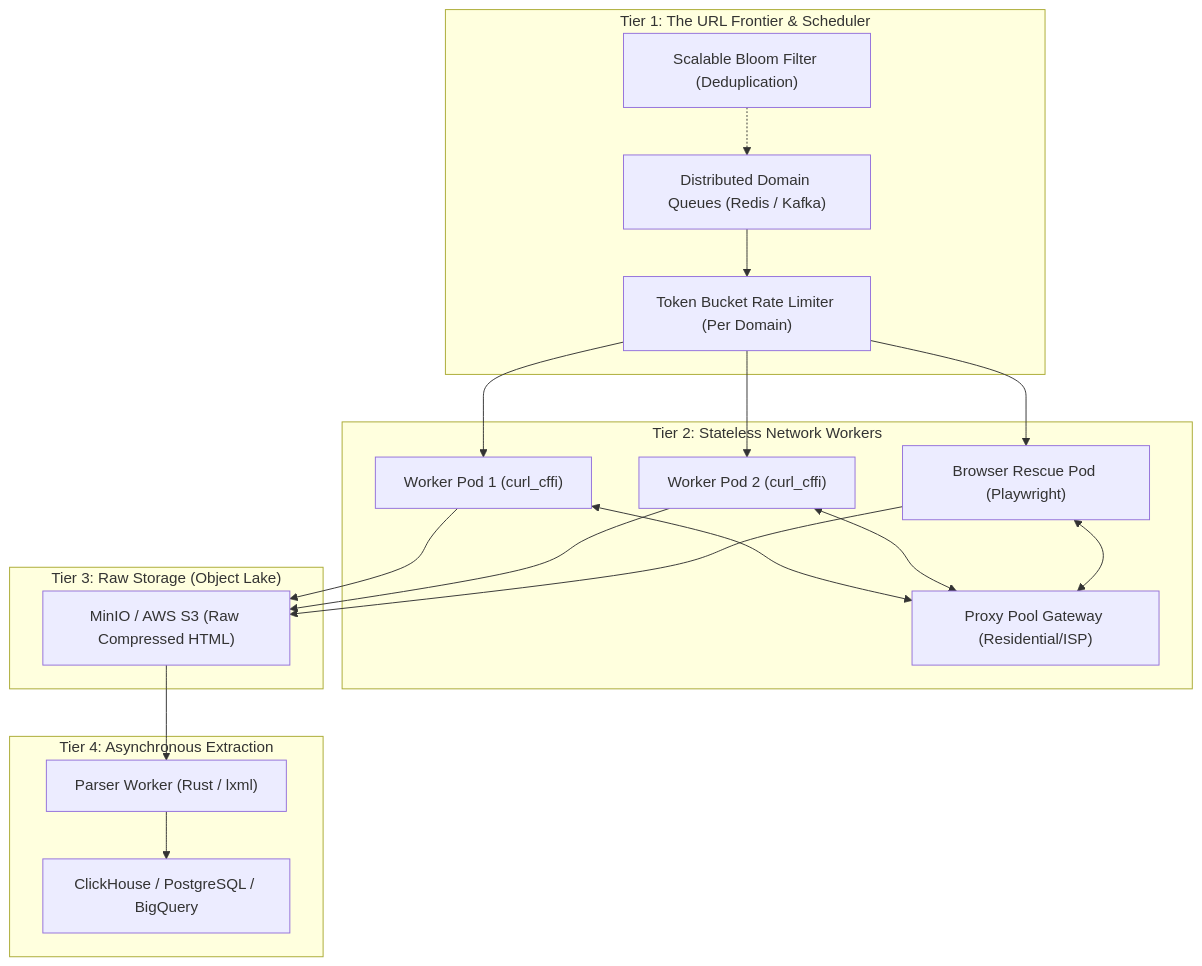
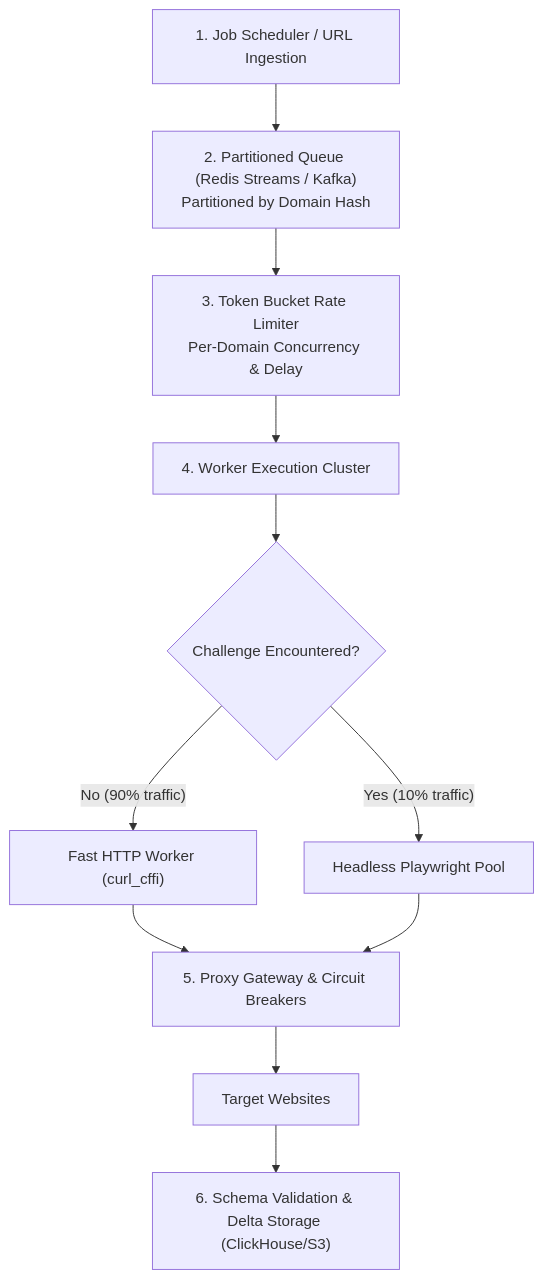
One commit to naimurhasan/naimurhasan.github.io changed the first of 3 diagrams in _posts/2026-11-06-how-to-design-scraping-systems-for-millions-of-requests.md. Above: the diagram before and after it, drawn with Mermaid. The commit also changed other lines of this file and 23 other files, not shown here.

````diff
--- a/_posts/2026-11-06-how-to-design-scraping-systems-for-millions-of-requests.md
+++ b/_posts/2026-11-06-how-to-design-scraping-systems-for-millions-of-requests.md
@@ -115,30 +29,17 @@
 ```mermaid
 flowchart TD
-  subgraph Frontier ["Tier 1: The URL Frontier & Scheduler"]
-    Q["Distributed Domain Queues (Redis / Kafka)"]
-    BF["Scalable Bloom Filter (Deduplication)"]
-    TB["Token Bucket Rate Limiter (Per Domain)"]
-  end
-
-  subgraph Ingestion ["Tier 2: Stateless Network Workers"]
-    W1["Worker Pod 1 (curl_cffi)"]
-    W2["Worker Pod 2 (curl_cffi)"]
-    W3["Browser Rescue Pod (Playwright)"]
-    PR["Proxy Pool Gateway (Residential/ISP)"]
-  end
-
-  subgraph RawStore ["Tier 3: Raw Storage (Object Lake)"]
-    S3["MinIO / AWS S3 (Raw Compressed HTML)"]
-  end
-
-  subgraph Parsing ["Tier 4: Asynchronous Extraction"]
-    P1["Parser Worker (Rust / lxml)"]
-    DB["ClickHouse / PostgreSQL / BigQuery"]
-  end
-
-  Q --> TB --> W1 & W2 & W3
-  W1 & W2 & W3 <--> PR
-  W1 & W2 & W3 --> S3
-  S3 --> P1 --> DB
-  BF -.-> Q
+  Scheduler["1. Job Scheduler / URL Ingestion"] --> Queue["2. Partitioned Queue (Redis Streams / Kafka)<br/>Partitioned by Domain Hash"]
+  
+  Queue --> Limiter["3. Token Bucket Rate Limiter<br/>Per-Domain Concurrency & Delay"]
+  
+  Limiter --> WorkerPool["4. Worker Execution Cluster"]
+  
+  WorkerPool --> Router{"Challenge Encountered?"}
+  Router -- "No (90% traffic)" --> HTTPClient["Fast HTTP Worker (curl_cffi)"]
+  Router -- "Yes (10% traffic)" --> BrowserWorker["Headless Playwright Pool"]
+  
+  HTTPClient & BrowserWorker --> ProxyManager["5. Proxy Gateway & Circuit Breakers"]
+  ProxyManager --> Target["Target Websites"]
+  
+  Target --> Validator["6. Schema Validation & Delta Storage (ClickHouse/S3)"]
 ```
````
